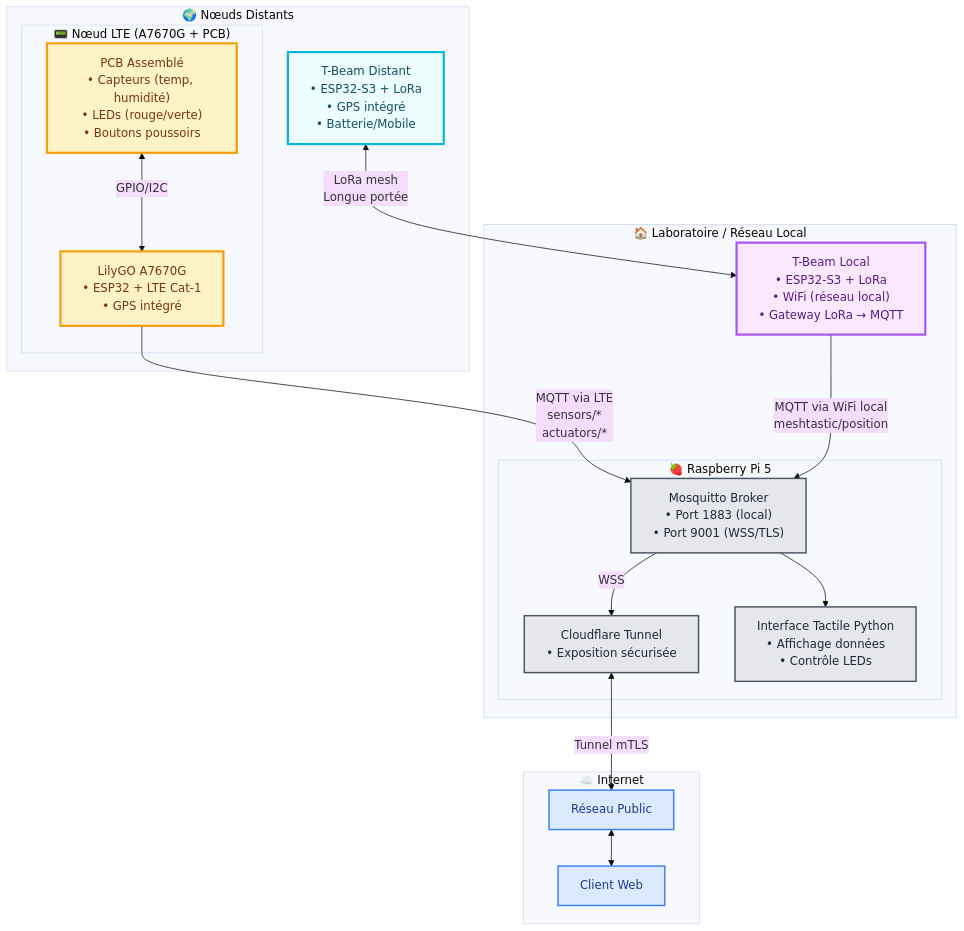
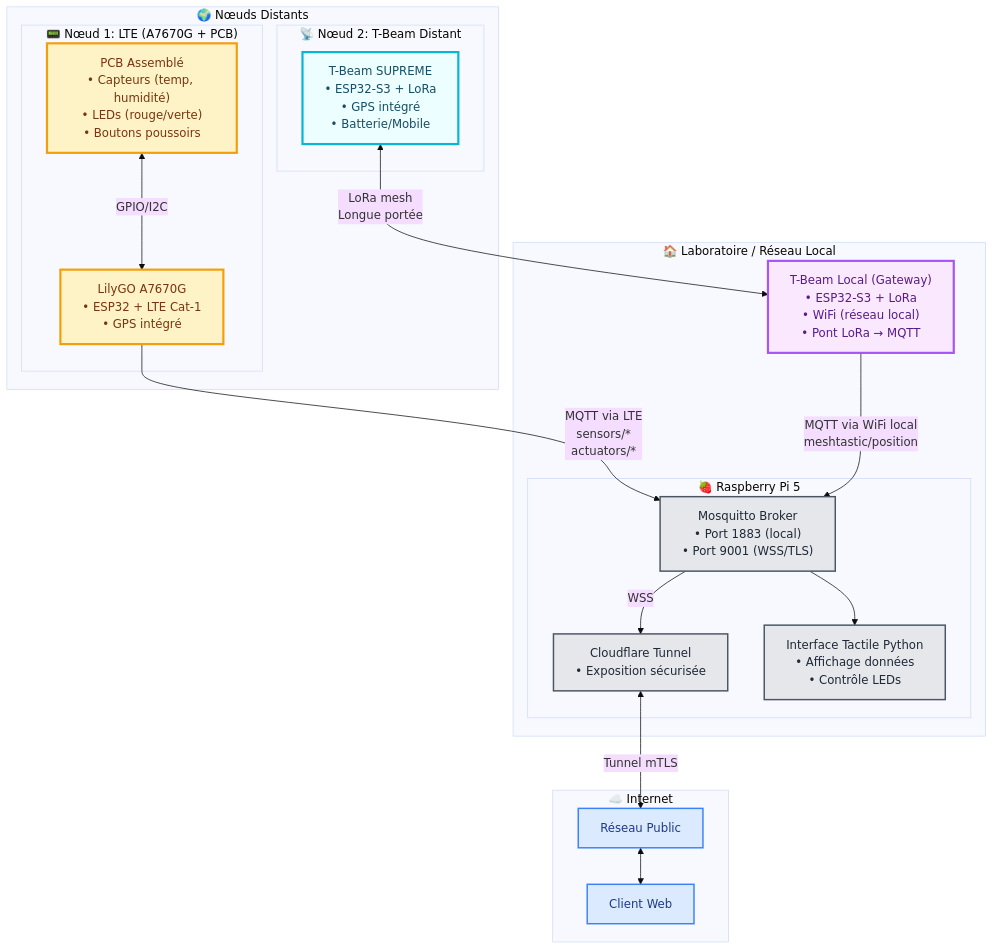
Before and after one commit to fpoisson2/243-4J5-LI: the first of 3 diagrams in architecture-finale-projet.md, drawn with Mermaid (base theme).

````diff
--- a/architecture-finale-projet.md
+++ b/architecture-finale-projet.md
@@ -8,57 +8,59 @@
 ```mermaid
 graph TB
     subgraph Zone_Remote["🌍 Nœuds Distants"]
-        subgraph Device_LTE["📟 Nœud LTE (A7670G + PCB)"]
+        subgraph Device_LTE["📟 Nœud 1: LTE (A7670G + PCB)"]
             PCB["PCB Assemblé<br/>• Capteurs (temp, humidité)<br/>• LEDs (rouge/verte)<br/>• Boutons poussoirs"]
 
             A7670G["LilyGO A7670G<br/>• ESP32 + LTE Cat-1<br/>• GPS intégré"]
 
             PCB <-->|GPIO/I2C| A7670G
         end
 
-        TBeam_Distant["T-Beam Distant<br/>• ESP32-S3 + LoRa<br/>• GPS intégré<br/>• Batterie/Mobile"]
+        subgraph Device_LoRa["📡 Nœud 2: T-Beam Distant"]
+            TBeam_Distant["T-Beam SUPREME<br/>• ESP32-S3 + LoRa<br/>• GPS intégré<br/>• Batterie/Mobile"]
+        end
     end
 
     subgraph Zone_Lab["🏠 Laboratoire / Réseau Local"]
+        TBeam_Local["T-Beam Local (Gateway)<br/>• ESP32-S3 + LoRa<br/>• WiFi (réseau local)<br/>• Pont LoRa → MQTT"]
+
         subgraph RaspberryPi["🍓 Raspberry Pi 5"]
             Mosquitto["Mosquitto Broker<br/>• Port 1883 (local)<br/>• Port 9001 (WSS/TLS)"]
 
             CloudflareTunnel["Cloudflare Tunnel<br/>• Exposition sécurisée"]
 
             InterfaceTactile["Interface Tactile Python<br/>• Affichage données<br/>• Contrôle LEDs"]
 
             Mosquitto --> InterfaceTactile
         end
-
-        TBeam_Local["T-Beam Local<br/>• ESP32-S3 + LoRa<br/>• WiFi (réseau local)<br/>• Gateway LoRa → MQTT"]
     end
 
     subgraph Zone_Internet["☁️ Internet"]
         Internet["Réseau Public"]
         ClientDistant["Client Web"]
     end
 
     %% Flux de communication
     A7670G -->|"MQTT via LTE<br/>sensors/*<br/>actuators/*"| Mosquitto
 
     TBeam_Distant <-->|"LoRa mesh<br/>Longue portée"| TBeam_Local
 
     TBeam_Local -->|"MQTT via WiFi local<br/>meshtastic/position"| Mosquitto
 
     CloudflareTunnel <-->|Tunnel mTLS| Internet
     Mosquitto -->|WSS| CloudflareTunnel
     Internet <--> ClientDistant
 
     %% Styles
     classDef lte fill:#fef3c7,stroke:#f59e0b,stroke-width:3px,color:#78350f
     classDef lora_remote fill:#ecfeff,stroke:#06b6d4,stroke-width:3px,color:#164e63
     classDef lora_local fill:#fae8ff,stroke:#a855f7,stroke-width:3px,color:#581c87
     classDef infra fill:#e5e7eb,stroke:#4b5563,stroke-width:2px,color:#1f2937
     classDef cloud fill:#dbeafe,stroke:#3b82f6,stroke-width:2px,color:#1e3a8a
 
     class PCB,A7670G lte
     class TBeam_Distant lora_remote
     class TBeam_Local lora_local
     class Mosquitto,CloudflareTunnel,InterfaceTactile infra
     class Internet,ClientDistant cloud
 ```
````
